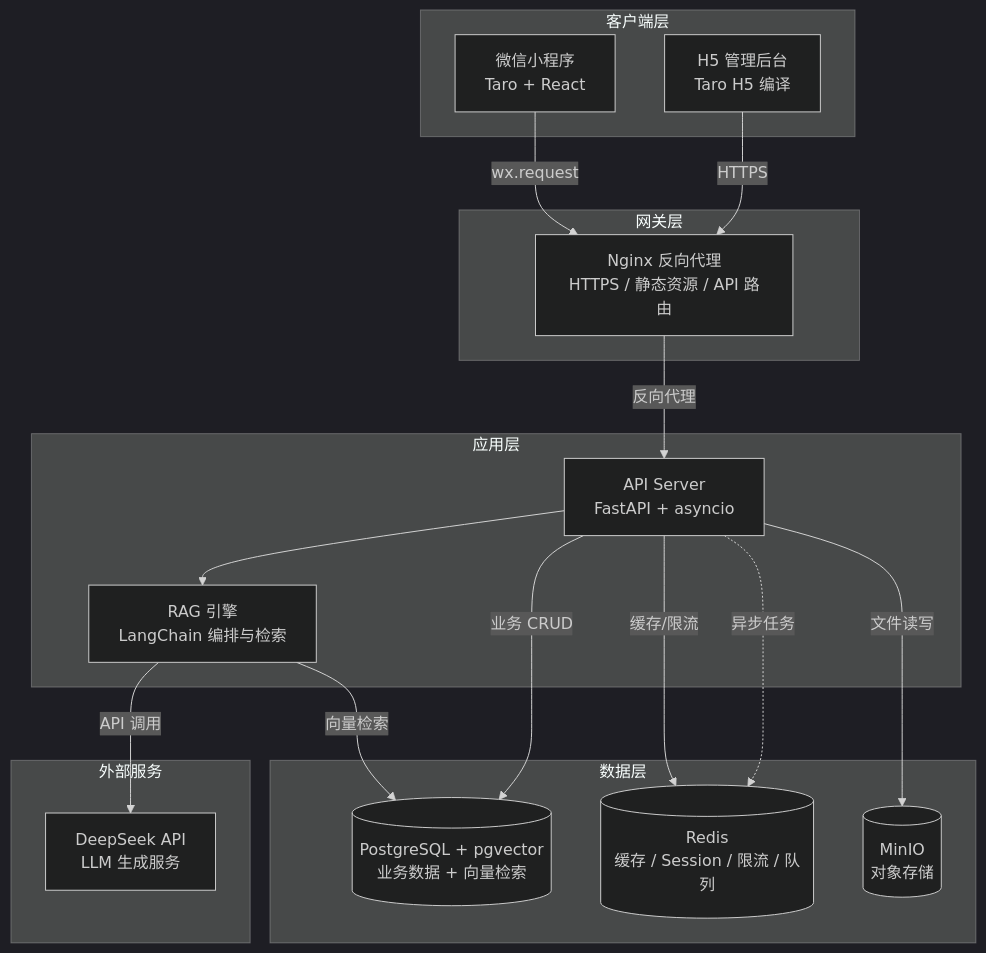
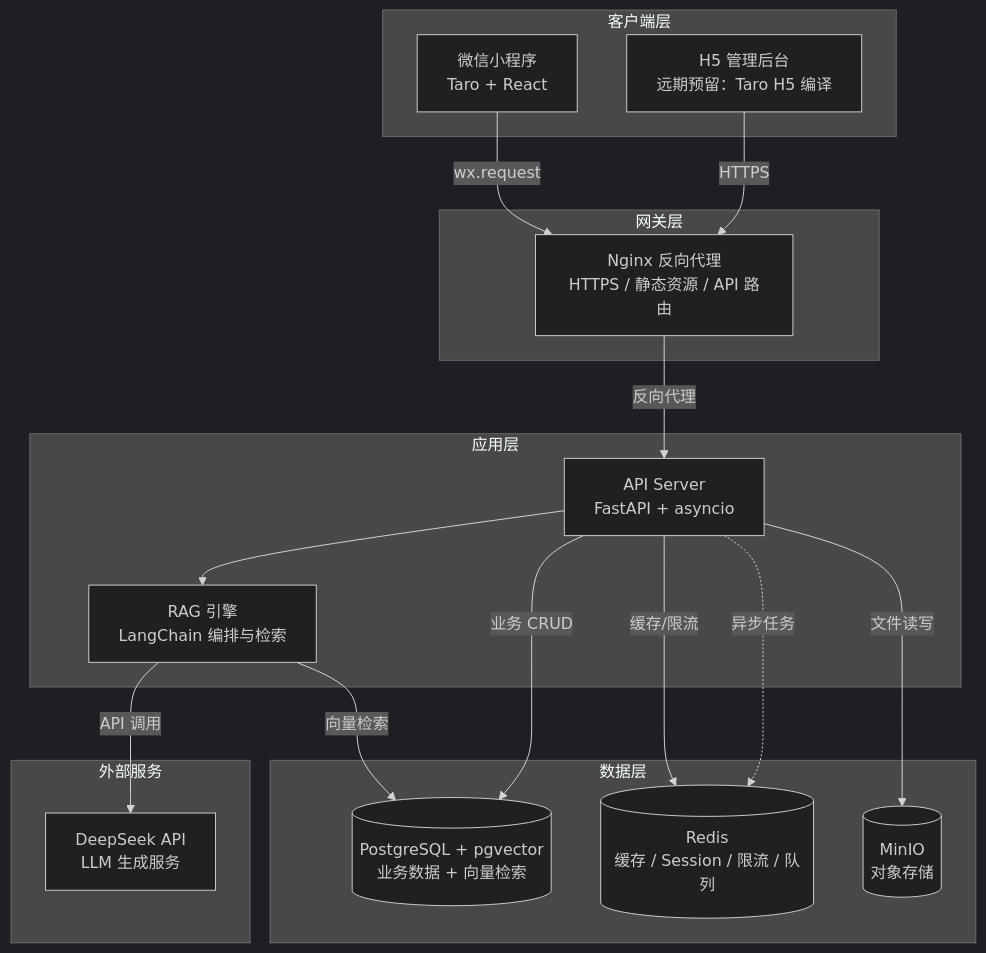
Before and after one commit to FengZhiHen1/Campfire-AI: the diagram in docs/篝火智答-技术栈设计.md, drawn with Mermaid (dark theme). The commit also changed other lines of this file and 3 other files, not shown here.

````diff
--- a/docs/篝火智答-技术栈设计.md
+++ b/docs/篝火智答-技术栈设计.md
@@ -71,37 +75,37 @@
 ```mermaid
 graph TB
     subgraph 客户端层
         MP[微信小程序<br/>Taro + React]
-        H5[H5 管理后台<br/>Taro H5 编译]
+        H5[H5 管理后台<br/>远期预留：Taro H5 编译]
     end
 
     subgraph 网关层
         Nginx[Nginx 反向代理<br/>HTTPS / 静态资源 / API 路由]
     end
 
     subgraph 应用层
         API[API Server<br/>FastAPI + asyncio]
         RAG[RAG 引擎<br/>LangChain 编排与检索]
     end
 
     subgraph 数据层
         PG[(PostgreSQL + pgvector<br/>业务数据 + 向量检索)]
         Redis[(Redis<br/>缓存 / Session / 限流 / 队列)]
         MinIO[(MinIO<br/>对象存储)]
     end
 
     subgraph 外部服务
         DS[DeepSeek API<br/>LLM 生成服务]
     end
 
     MP -->|wx.request| Nginx
     H5 -->|HTTPS| Nginx
     Nginx -->|反向代理| API
     API --> RAG
     RAG -->|向量检索| PG
     RAG -->|API 调用| DS
     API -->|业务 CRUD| PG
     API -->|缓存/限流| Redis
     API -->|文件读写| MinIO
     API -.->|异步任务| Redis
 ```
````
